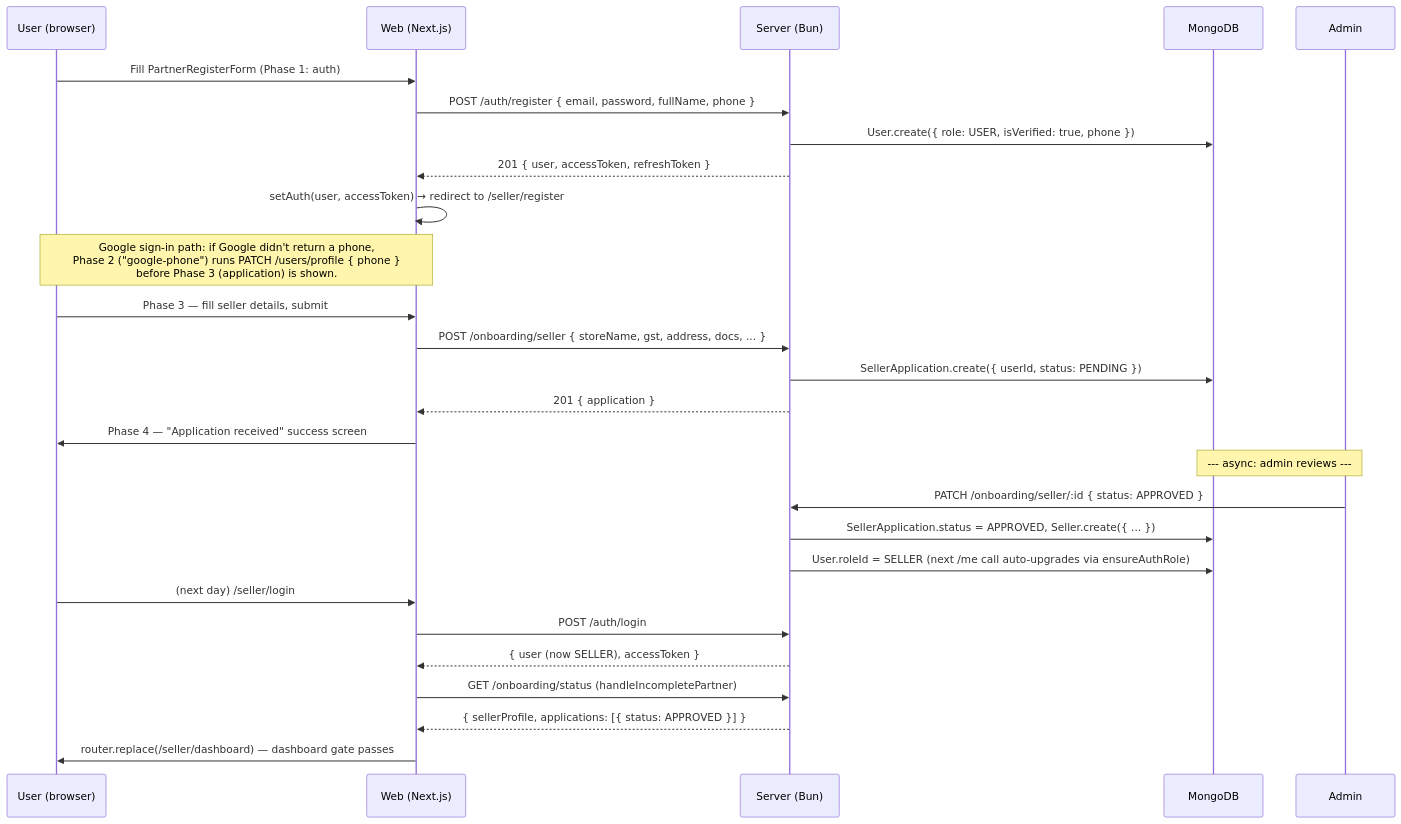
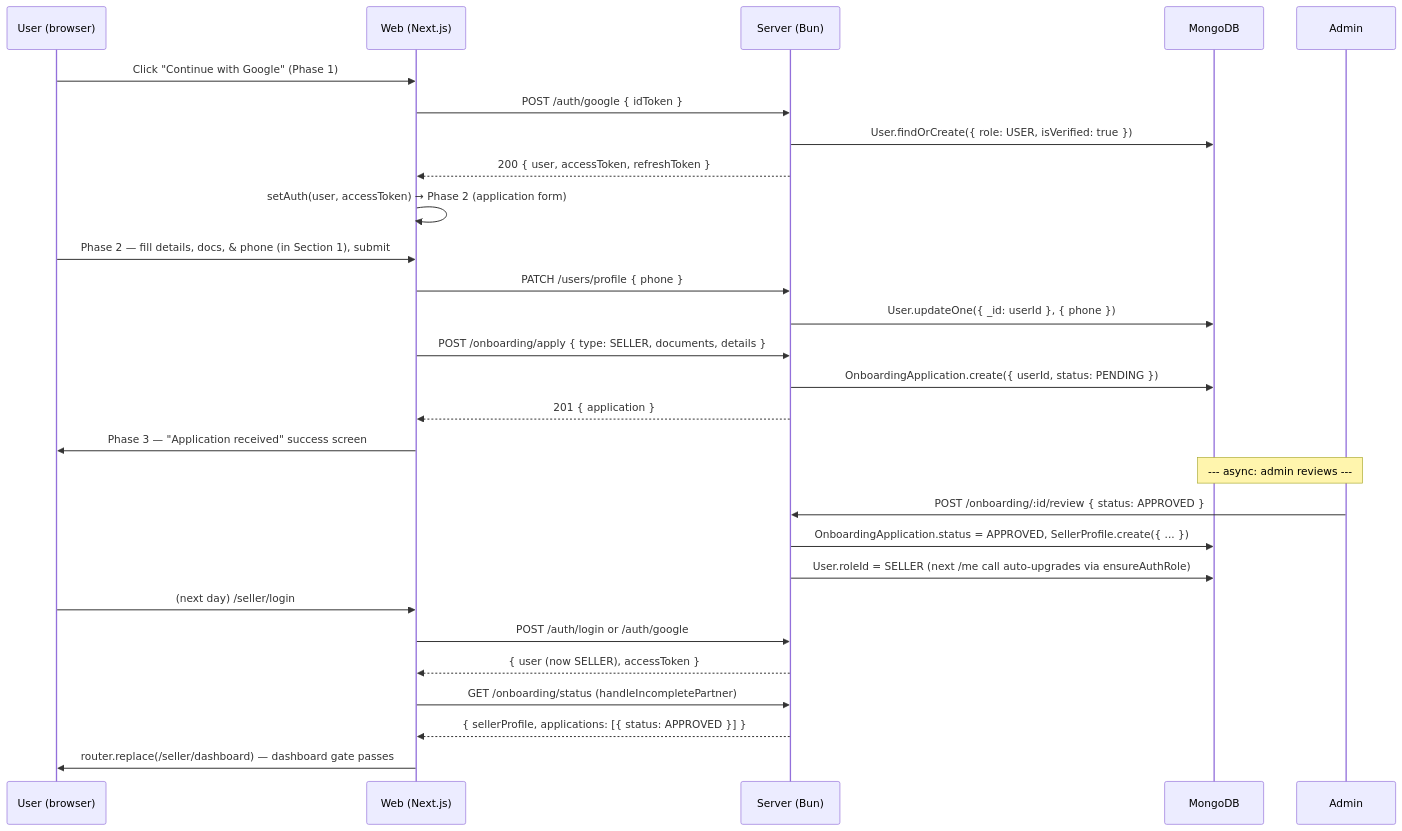
One commit to Adityakbr01/quickbihar.in changed the first of 2 diagrams in docs/developers-docs/apps/api-flow.md. Above: the diagram before and after it, drawn with Mermaid. The commit also changed other lines of this file and 25 other files, not shown here.

First line of the commit message:
feat(auth): streamline partner onboarding and improve session management

````diff
--- a/docs/developers-docs/apps/api-flow.md
+++ b/docs/developers-docs/apps/api-flow.md
@@ -71,33 +71,34 @@
 ```mermaid
 sequenceDiagram
     participant U as User (browser)
     participant W as Web (Next.js)
     participant S as Server (Bun)
     participant DB as MongoDB
     participant A as Admin
 
-    U->>W: Fill PartnerRegisterForm (Phase 1: auth)
-    W->>S: POST /auth/register { email, password, fullName, phone }
-    S->>DB: User.create({ role: USER, isVerified: true, phone })
-    S-->>W: 201 { user, accessToken, refreshToken }
-    W->>W: setAuth(user, accessToken) → redirect to /seller/register
-    Note over U,W: Google sign-in path: if Google didn't return a phone,<br/>Phase 2 ("google-phone") runs PATCH /users/profile { phone }<br/>before Phase 3 (application) is shown.
+    U->>W: Click "Continue with Google" (Phase 1)
+    W->>S: POST /auth/google { idToken }
+    S->>DB: User.findOrCreate({ role: USER, isVerified: true })
+    S-->>W: 200 { user, accessToken, refreshToken }
+    W->>W: setAuth(user, accessToken) → Phase 2 (application form)
 
-    U->>W: Phase 3 — fill seller details, submit
-    W->>S: POST /onboarding/seller { storeName, gst, address, docs, ... }
-    S->>DB: SellerApplication.create({ userId, status: PENDING })
+    U->>W: Phase 2 — fill details, docs, & phone (in Section 1), submit
+    W->>S: PATCH /users/profile { phone }
+    S->>DB: User.updateOne({ _id: userId }, { phone })
+    W->>S: POST /onboarding/apply { type: SELLER, documents, details }
+    S->>DB: OnboardingApplication.create({ userId, status: PENDING })
     S-->>W: 201 { application }
-    W->>U: Phase 4 — "Application received" success screen
+    W->>U: Phase 3 — "Application received" success screen
 
     Note over A,DB: --- async: admin reviews ---
-    A->>S: PATCH /onboarding/seller/:id  { status: APPROVED }
-    S->>DB: SellerApplication.status = APPROVED, Seller.create({ ... })
+    A->>S: POST /onboarding/:id/review  { status: APPROVED }
+    S->>DB: OnboardingApplication.status = APPROVED, SellerProfile.create({ ... })
     S->>DB: User.roleId = SELLER (next /me call auto-upgrades via ensureAuthRole)
 
     U->>W: (next day) /seller/login
-    W->>S: POST /auth/login
+    W->>S: POST /auth/login or /auth/google
     S-->>W: { user (now SELLER), accessToken }
     W->>S: GET /onboarding/status  (handleIncompletePartner)
     S-->>W: { sellerProfile, applications: [{ status: APPROVED }] }
     W->>U: router.replace(/seller/dashboard) — dashboard gate passes
 ```
````
